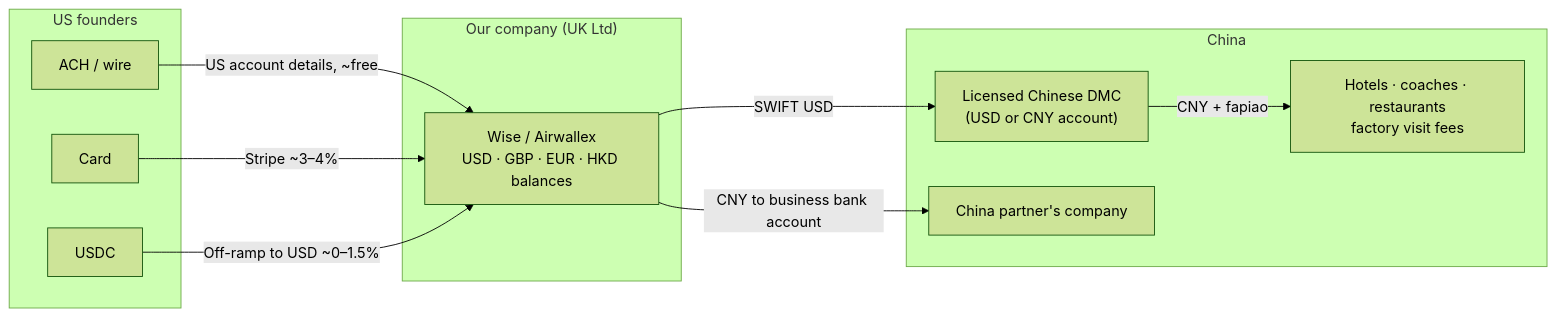
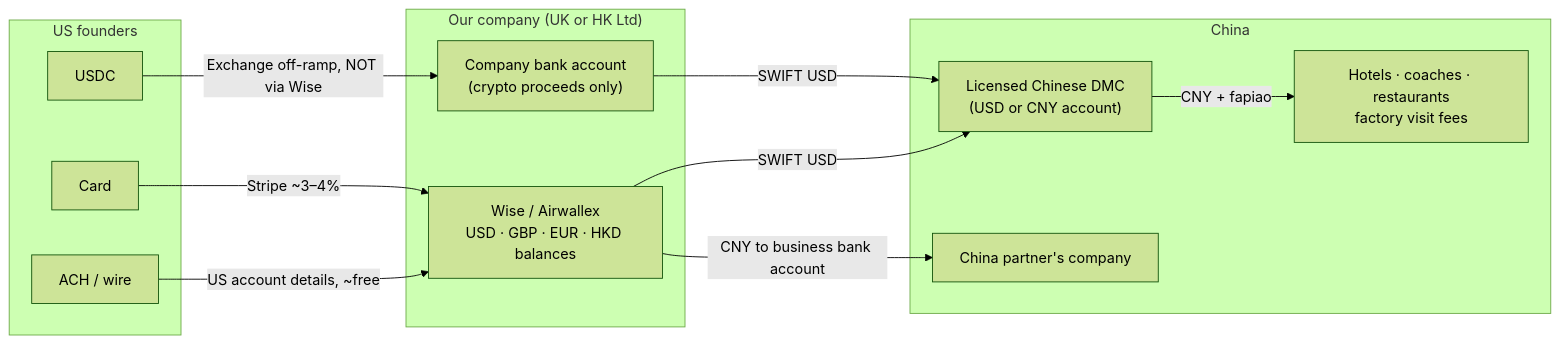
The diagram in docs/company-and-payments.md (syqgenesis/sz-trips), drawn with Mermaid (forest theme) before and after one commit. The commit also changed other lines of this file, not shown here.

First line of the commit message:
Rework company plan around residency and add stablecoin off-ramp caveats

````diff
--- a/docs/company-and-payments.md
+++ b/docs/company-and-payments.md
@@ -78,22 +99,24 @@
 ```mermaid
 flowchart LR
   subgraph US["US founders"]
     A1[ACH / wire]
     A2[Card]
     A3[USDC]
   end
-  subgraph CO["Our company (UK Ltd)"]
+  subgraph CO["Our company (UK or HK Ltd)"]
     W["Wise / Airwallex<br/>USD · GBP · EUR · HKD balances"]
+    B["Company bank account<br/>(crypto proceeds only)"]
   end
   subgraph CN["China"]
     D["Licensed Chinese DMC<br/>(USD or CNY account)"]
     P["China partner's company"]
     V["Hotels · coaches · restaurants<br/>factory visit fees"]
   end
   A1 -->|"US account details, ~free"| W
   A2 -->|"Stripe ~3–4%"| W
-  A3 -->|"Off-ramp to USD ~0–1.5%"| W
+  A3 -->|"Exchange off-ramp, NOT via Wise"| B
   W -->|"SWIFT USD"| D
+  B -->|"SWIFT USD"| D
   W -->|"CNY to business bank account"| P
   D -->|"CNY + fapiao"| V
 ```
````
